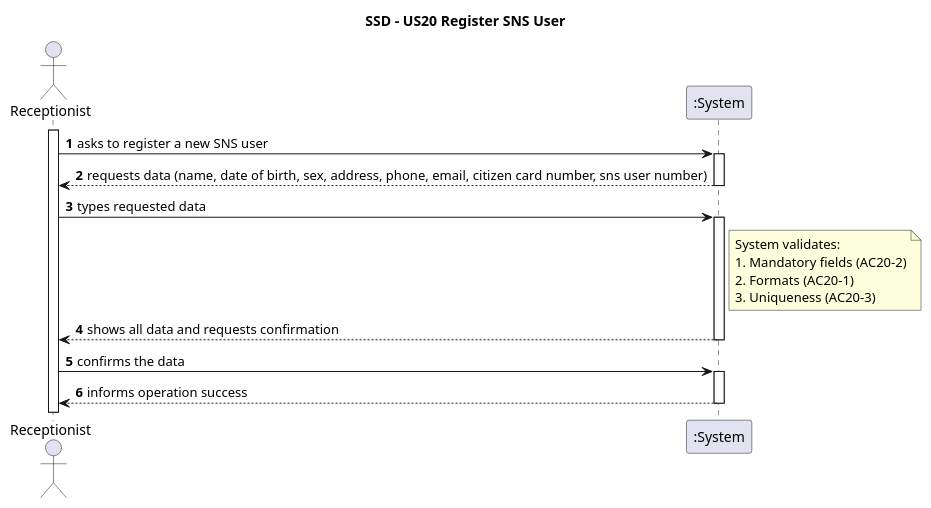
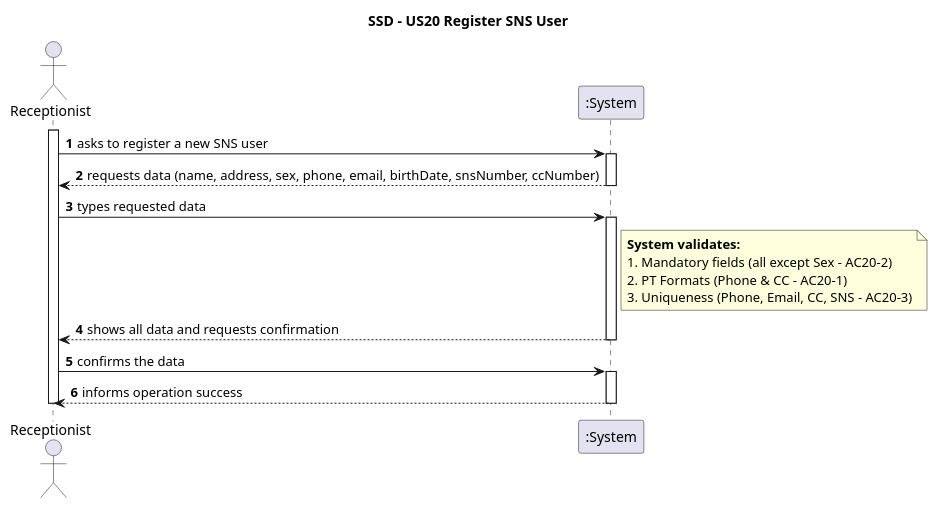
The diagram in docs/system-documentation/US20/puml/US20-SSD.puml (luluisfcm/leti-esoft-25-26-B5), drawn with PlantUML before and after one commit. The commit also changed 19 other files, not shown here.

```diff
--- a/docs/system-documentation/US20/puml/US20-SSD.puml
+++ b/docs/system-documentation/US20/puml/US20-SSD.puml
@@ -1,25 +1,26 @@
-    @startuml
+@startuml
 title SSD - US20 Register SNS User
 autoactivate on
 autonumber
 
 actor "Receptionist" as Rec
 participant ":System" as System
 
 activate Rec
 
 Rec -> System: asks to register a new SNS user
-System --> Rec: requests data (name, date of birth, sex, address, phone, email, citizen card number, sns user number)
+System --> Rec: requests data (name, address, sex, phone, email, birthDate, snsNumber, ccNumber)
 
 Rec -> System: types requested data
 note right of System
-    System validates:
-    1. Mandatory fields (AC20-2)
-    2. Formats (AC20-1)
-    3. Uniqueness (AC20-3)
+    **System validates:**
+    1. Mandatory fields (all except Sex - AC20-2)
+    2. PT Formats (Phone & CC - AC20-1)
+    3. Uniqueness (Phone, Email, CC, SNS - AC20-3)
 end note
 System --> Rec: shows all data and requests confirmation
 
 Rec -> System: confirms the data
 System --> Rec: informs operation success
+deactivate Rec
 @enduml
```
